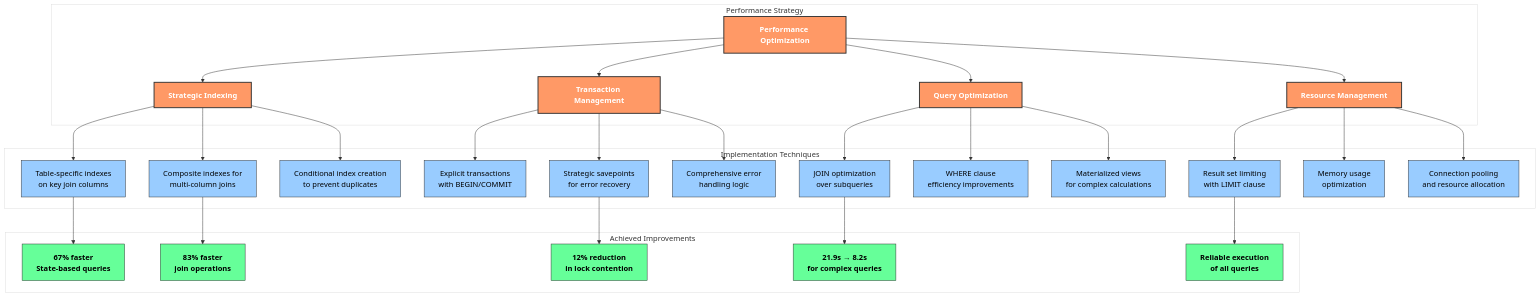
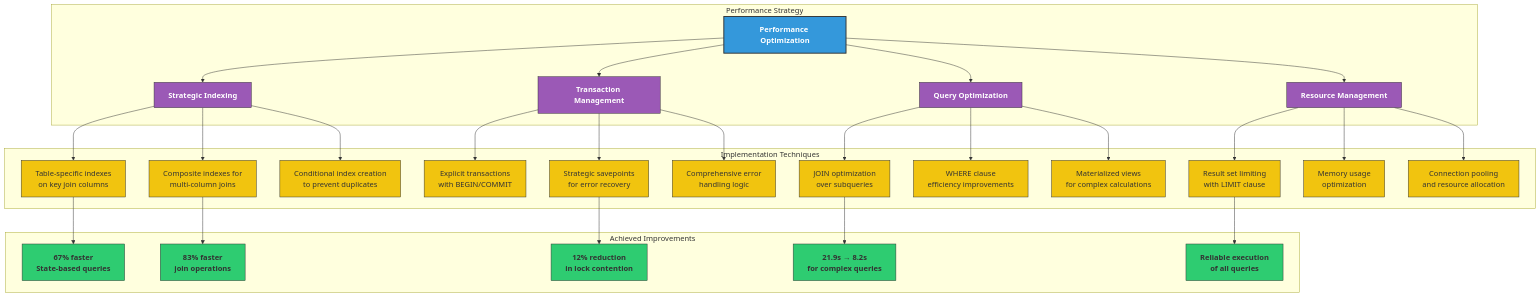
One commit to tzolkowski96/tzolkowski96 changed the ninth of 10 diagrams in us-household-income-analysis/README.md. Above: the diagram before and after it, drawn with Mermaid. The commit also changed other lines of this file, not shown here.

````diff
--- a/us-household-income-analysis/README.md
+++ b/us-household-income-analysis/README.md
@@ -948,49 +919,48 @@
 ```mermaid
-%%{init: {'theme': 'base', 'themeVariables': { 'primaryColor': '#f96', 'primaryTextColor': '#fff', 'primaryBorderColor': '#e74', 'lineColor': '#333', 'secondaryColor': '#9cf', 'secondaryTextColor': '#000', 'secondaryBorderColor': '#7ab', 'tertiaryColor': '#fff', 'tertiaryTextColor': '#333', 'tertiaryBorderColor': '#ddd', 'quaternaryColor': '#6f9', 'quaternaryTextColor': '#000', 'quaternaryBorderColor': '#4d7', 'fontFamily': 'Arial, sans-serif' }}}%%
-
 flowchart TD
-    %% Main sections
+    %% Main sections with clear color coding
     subgraph "Performance Strategy"
-        A[Performance Optimization]:::strategy --> B[Strategic Indexing]:::strategy
+        A[Performance Optimization]:::main --> B[Strategic Indexing]:::strategy
         A --> C[Transaction Management]:::strategy
         A --> D[Query Optimization]:::strategy
         A --> E[Resource Management]:::strategy
     end
     
-    %% Implementation details
+    %% Implementation techniques with consistent styling
     subgraph "Implementation Techniques"
         %% Indexing techniques
         B --> B1[Table-specific indexes<br>on key join columns]:::technique
         B --> B2[Composite indexes for<br>multi-column joins]:::technique
         B --> B3[Conditional index creation<br>to prevent duplicates]:::technique
         
         %% Transaction techniques
         C --> C1[Explicit transactions<br>with BEGIN/COMMIT]:::technique
         C --> C2[Strategic savepoints<br>for error recovery]:::technique
         C --> C3[Comprehensive error<br>handling logic]:::technique
         
         %% Query optimization
         D --> D1[JOIN optimization<br>over subqueries]:::technique
         D --> D2[WHERE clause<br>efficiency improvements]:::technique
         D --> D3[Materialized views<br>for complex calculations]:::technique
         
         %% Resource management
         E --> E1[Result set limiting<br>with LIMIT clause]:::technique
         E --> E2[Memory usage<br>optimization]:::technique
         E --> E3[Connection pooling<br>and resource allocation]:::technique
     end
     
-    %% Measurable improvements
+    %% Results with standout styling
     subgraph "Achieved Improvements"
         B1 --> F1[67% faster<br>State-based queries]:::result
         B2 --> F2[83% faster<br>join operations]:::result
         C2 --> F3[12% reduction<br>in lock contention]:::result
         D1 --> F4[21.9s → 8.2s<br>for complex queries]:::result
         E1 --> F5[Reliable execution<br>of all queries]:::result
     end
     
     %% Style definitions
-    classDef strategy fill:#f96,stroke:#333,stroke-width:2px,color:#fff,font-weight:bold
-    classDef technique fill:#9cf,stroke:#333,stroke-width:1px,color:#000
-    classDef result fill:#6f9,stroke:#333,stroke-width:1px,color:#000,font-weight:bold
+    classDef main fill:#3498db,stroke:#333,stroke-width:2px,color:#fff,font-weight:bold
+    classDef strategy fill:#9b59b6,stroke:#333,stroke-width:1px,color:#fff,font-weight:bold
+    classDef technique fill:#f1c40f,stroke:#333,stroke-width:1px,color:#333,font-weight:normal
+    classDef result fill:#2ecc71,stroke:#333,stroke-width:1px,color:#333,font-weight:bold
 ```
````
